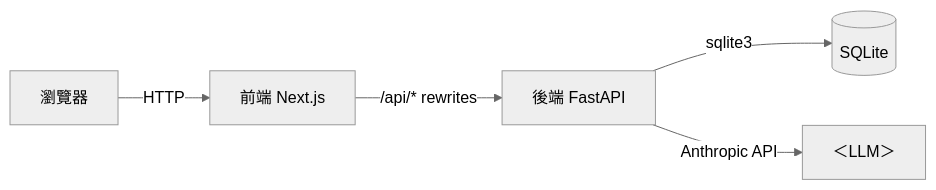
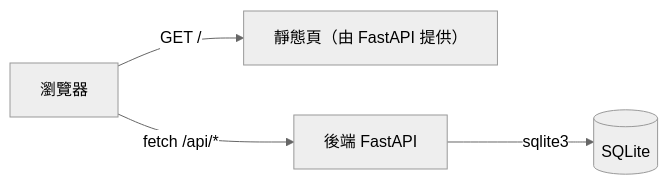
The second of 3 diagrams in course/templates/04-sad.md (Zenobia000/leavebot-bootcamp), drawn with Mermaid (neutral theme) before and after one commit. The commit also changed other lines of this file and 209 other files, not shown here.

````diff
--- a/course/templates/04-sad.md
+++ b/course/templates/04-sad.md
@@ -33,7 +34,6 @@
 ```mermaid
 flowchart LR
-    B[瀏覽器] -->|HTTP| FE[前端 Next.js]
-    FE -->|/api/* rewrites| BE[後端 FastAPI]
+    B[瀏覽器] -->|"GET /"| FE[靜態頁（由 FastAPI 提供）]
+    B -->|"fetch /api/*"| BE[後端 FastAPI]
     BE -->|sqlite3| DB[(SQLite)]
-    BE -->|"Anthropic API"| LLM[＜LLM＞]
 ```
````
